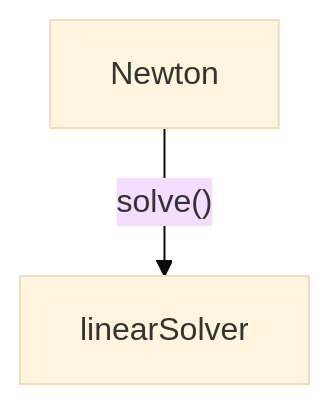
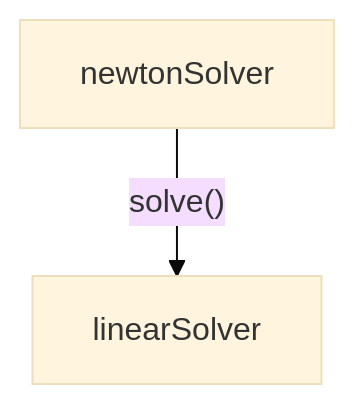
One commit to dumux/dumux changed the diagram in doc/highlevel/classes/linearsolver.md. Above: the diagram before and after it, drawn with Mermaid (base theme). The commit also changed other lines of this file, not shown here.

Commit message:
new test

````diff
--- a/doc/highlevel/classes/linearsolver.md
+++ b/doc/highlevel/classes/linearsolver.md
@@ -14,4 +14,5 @@
 ```mermaid
 flowchart TD
-    A[Newton] -->|"solve()"| B[linearSolver]
+    A[newtonSolver] -->|"solve()"| B[linearSolver]
+    click A newtonsolver.md
 ```
````
